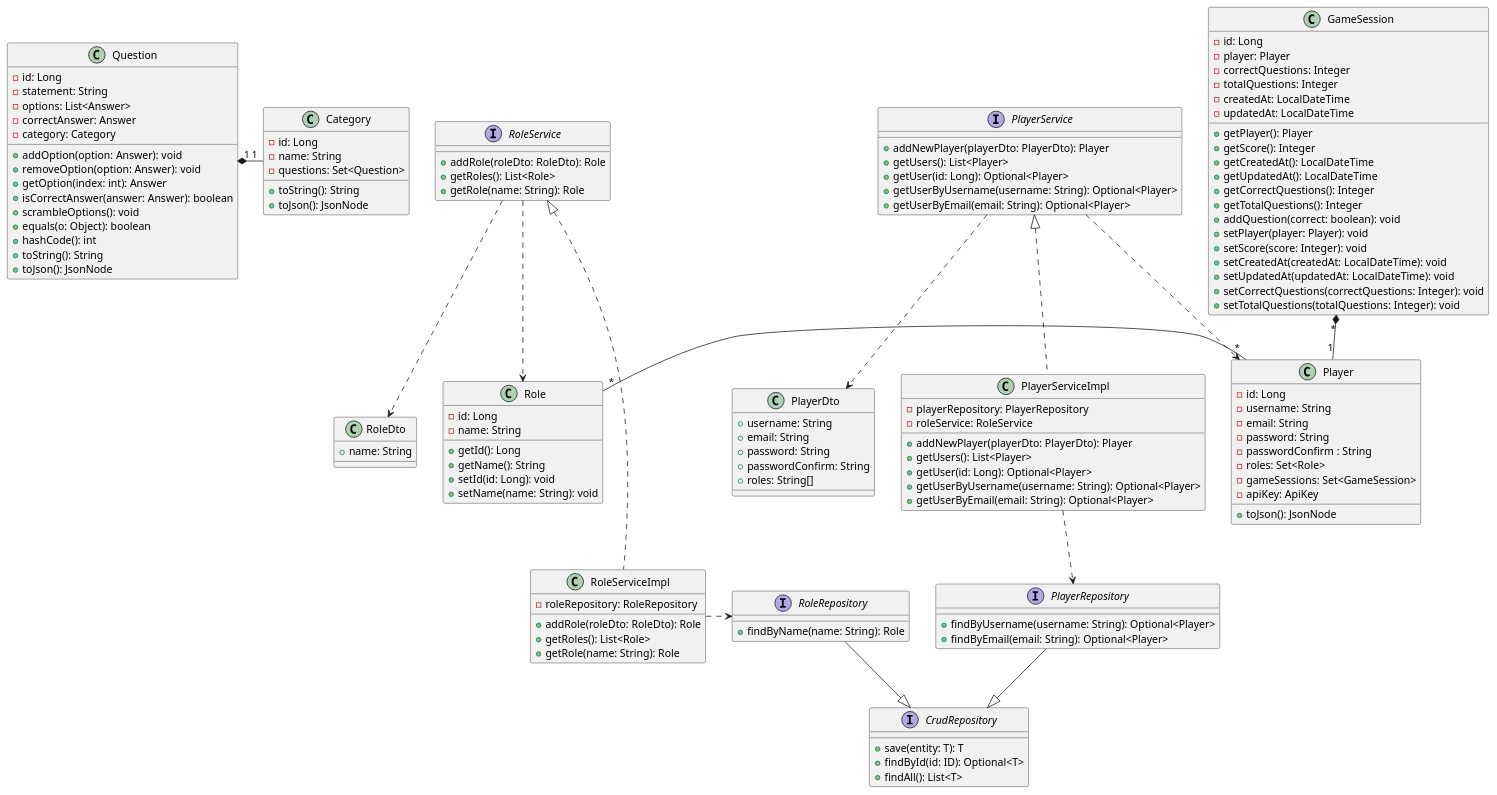
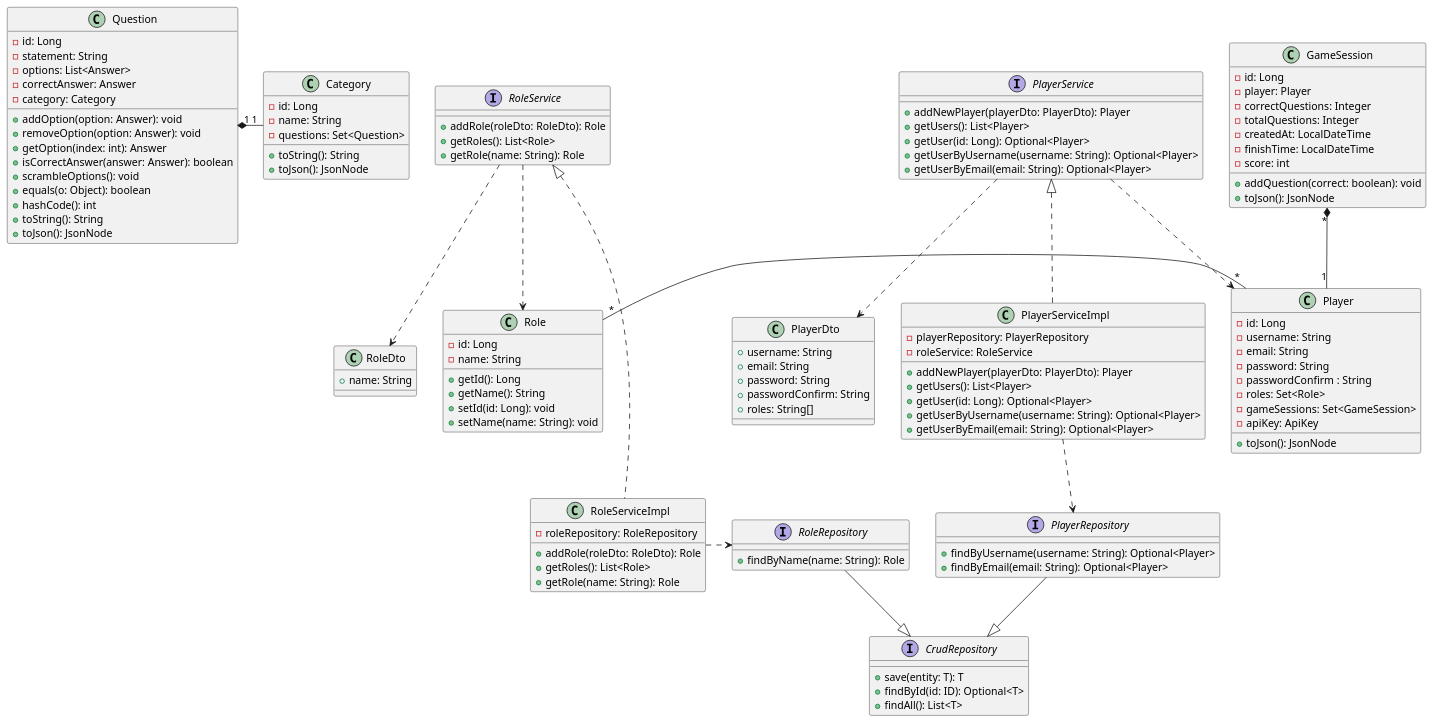
One commit to Arquisoft/wiq_es04b changed the first of 2 diagrams in docs/src/08_concepts.adoc. Above: the diagram before and after it, drawn with PlantUML.

Commit message:
GameSession actualizado

```diff
--- a/docs/src/08_concepts.adoc
+++ b/docs/src/08_concepts.adoc
@@ -56,20 +56,10 @@
   - correctQuestions: Integer
   - totalQuestions: Integer
   - createdAt: LocalDateTime
-  - updatedAt: LocalDateTime
-  + getPlayer(): Player
-  + getScore(): Integer
-  + getCreatedAt(): LocalDateTime
-  + getUpdatedAt(): LocalDateTime
-  + getCorrectQuestions(): Integer
-  + getTotalQuestions(): Integer
+  - finishTime: LocalDateTime
+  - score: int
   + addQuestion(correct: boolean): void
-  + setPlayer(player: Player): void
-  + setScore(score: Integer): void
-  + setCreatedAt(createdAt: LocalDateTime): void
-  + setUpdatedAt(updatedAt: LocalDateTime): void
-  + setCorrectQuestions(correctQuestions: Integer): void
-  + setTotalQuestions(totalQuestions: Integer): void
+  + toJson(): JsonNode
 }
 
 class Role {
```
